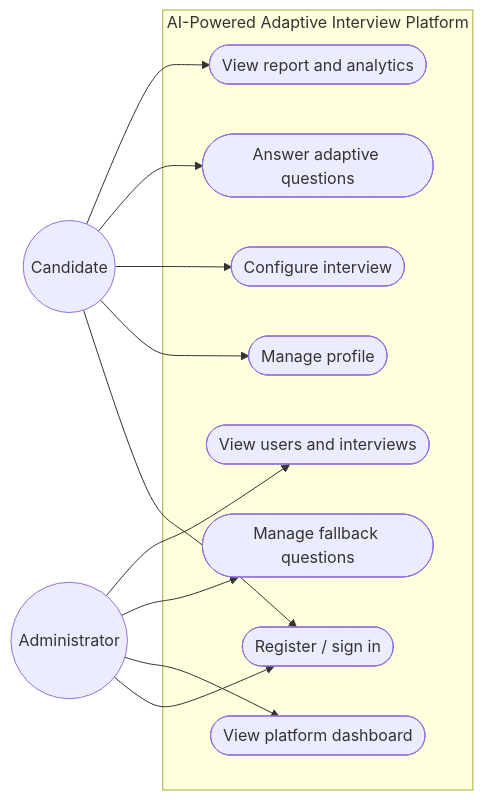
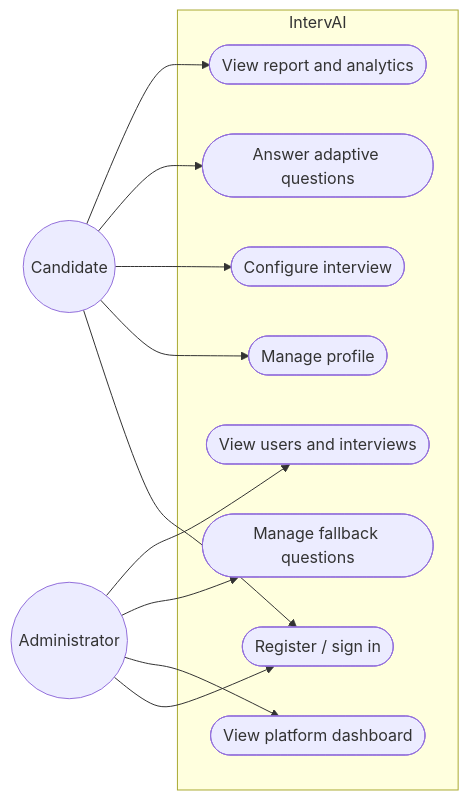
One commit to sweShivamRaj/IntervAI changed the second of 8 diagrams in docs/diagrams.md. Above: the diagram before and after it, drawn with Mermaid. The commit also changed other lines of this file and 16 other files, not shown here.

````diff
--- a/docs/diagrams.md
+++ b/docs/diagrams.md
@@ -32,24 +32,24 @@
 ```mermaid
 flowchart LR
     Candidate((Candidate))
     Admin((Administrator))
-    subgraph Platform[AI-Powered Adaptive Interview Platform]
+    subgraph Platform[IntervAI]
         UC1([Register / sign in])
         UC2([Manage profile])
         UC3([Configure interview])
         UC4([Answer adaptive questions])
         UC5([View report and analytics])
         UC6([View platform dashboard])
         UC7([Manage fallback questions])
         UC8([View users and interviews])
     end
     Candidate --> UC1
     Candidate --> UC2
     Candidate --> UC3
     Candidate --> UC4
     Candidate --> UC5
     Admin --> UC1
     Admin --> UC6
     Admin --> UC7
     Admin --> UC8
 ```
````
